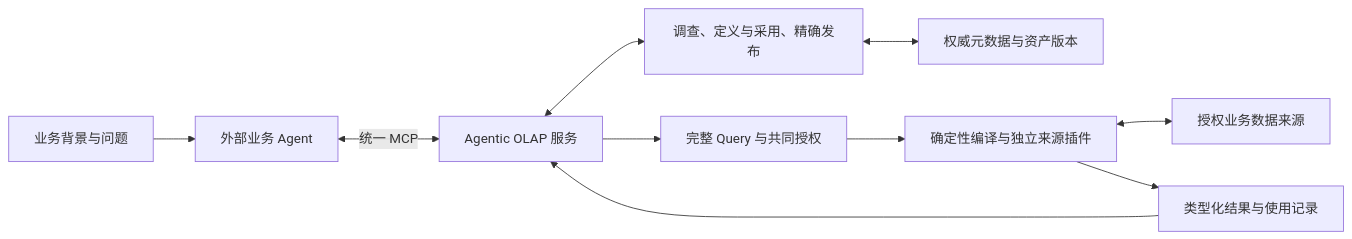
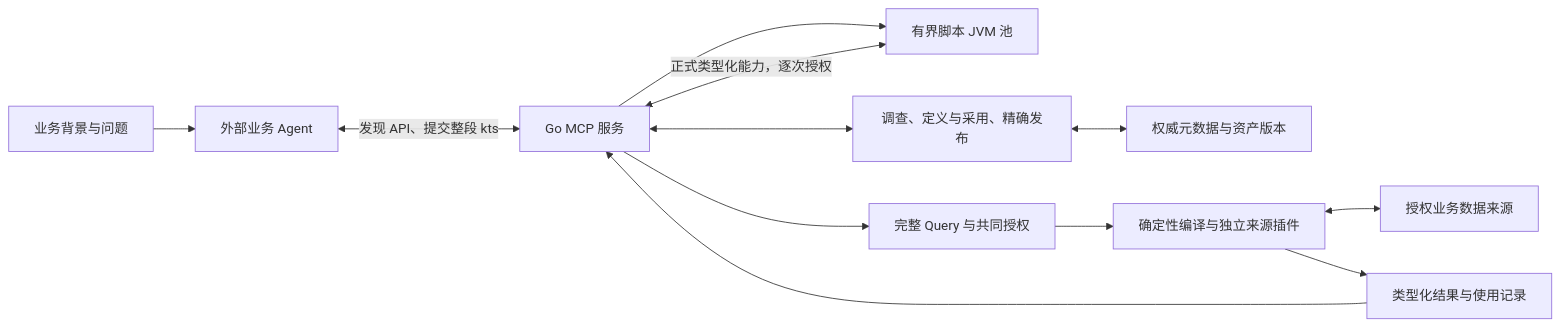
The diagram in docs/architecture.md (hanger-source/agentic-olap), drawn with Mermaid before and after one commit. The commit also changed other lines of this file and 418 other files, not shown here.

````diff
--- a/docs/architecture.md
+++ b/docs/architecture.md
@@ -30,12 +30,14 @@
 ```mermaid
 flowchart LR
     B[业务背景与问题] --> A[外部业务 Agent]
-    A <-->|统一 MCP| S[Agentic OLAP 服务]
+    A <-->|发现 API、提交整段 kts| S[Go MCP 服务]
+    S --> K[有界脚本 JVM 池]
+    K <-->|正式类型化能力，逐次授权| S
     S <--> G[调查、定义与采用、精确发布]
     G <--> M[权威元数据与资产版本]
     S --> Q[完整 Query 与共同授权]
     Q --> E[确定性编译与独立来源插件]
     E <--> D[授权业务数据来源]
     E --> R[类型化结果与使用记录]
     R --> S
 ```
````
